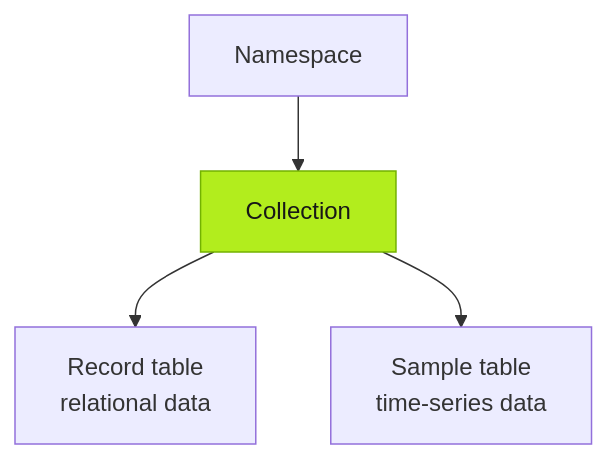
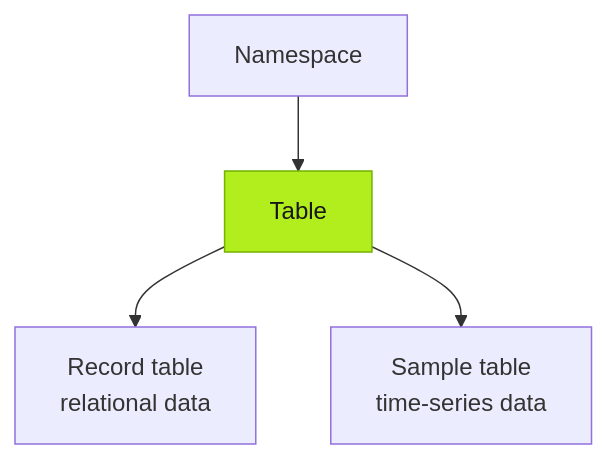
Before and after one commit to FREEZONEX/Tier0-docs-site: the first of 3 diagrams in src/content/docs/using-tier0/preparing-data-foundation.mdx, drawn with Mermaid. The commit also changed other lines of this file and 24 other files, not shown here.

````diff
--- a/src/content/docs/using-tier0/preparing-data-foundation.mdx
+++ b/src/content/docs/using-tier0/preparing-data-foundation.mdx
@@ -30,9 +30,9 @@
 ```mermaid
 flowchart TB
-  namespace["Namespace"] --> collection["Collection"]
-  collection --> record["Record table<br/>relational data"]
-  collection --> sample["Sample table<br/>time-series data"]
+  namespace["Namespace"] --> table["Table"]
+  table --> record["Record table<br/>relational data"]
+  table --> sample["Sample table<br/>time-series data"]
 
   classDef t0accent fill:#B2ED1D,stroke:#73B200,color:#171717
-  class collection t0accent
+  class table t0accent
 ```
````
